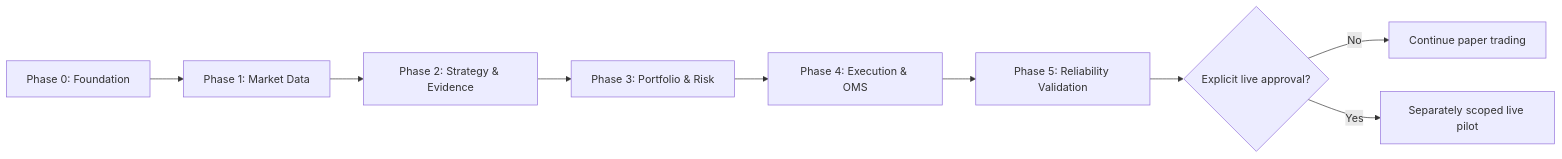
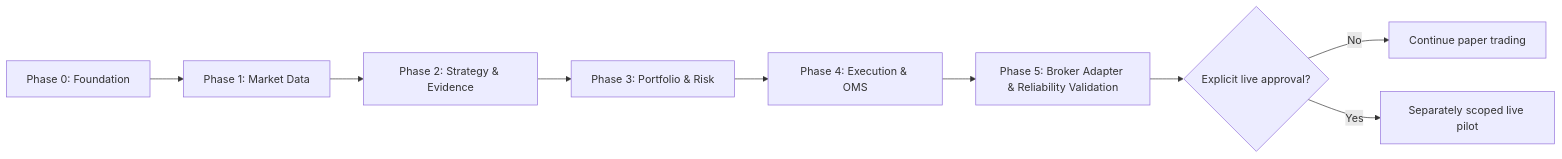
One commit to bibhuyash/tradeedge changed the diagram in docs/product/ROADMAP.md. Above: the diagram before and after it, drawn with Mermaid. The commit also changed other lines of this file and 31 other files, not shown here.

````diff
--- a/docs/product/ROADMAP.md
+++ b/docs/product/ROADMAP.md
@@ -7,11 +7,11 @@
 ```mermaid
 flowchart LR
     P0["Phase 0: Foundation"] --> P1["Phase 1: Market Data"]
     P1 --> P2["Phase 2: Strategy & Evidence"]
     P2 --> P3["Phase 3: Portfolio & Risk"]
     P3 --> P4["Phase 4: Execution & OMS"]
-    P4 --> P5["Phase 5: Reliability Validation"]
+    P4 --> P5["Phase 5: Broker Adapter & Reliability Validation"]
     P5 --> G{"Explicit live approval?"}
     G -->|No| PT["Continue paper trading"]
     G -->|Yes| LP["Separately scoped live pilot"]
 ```
````
